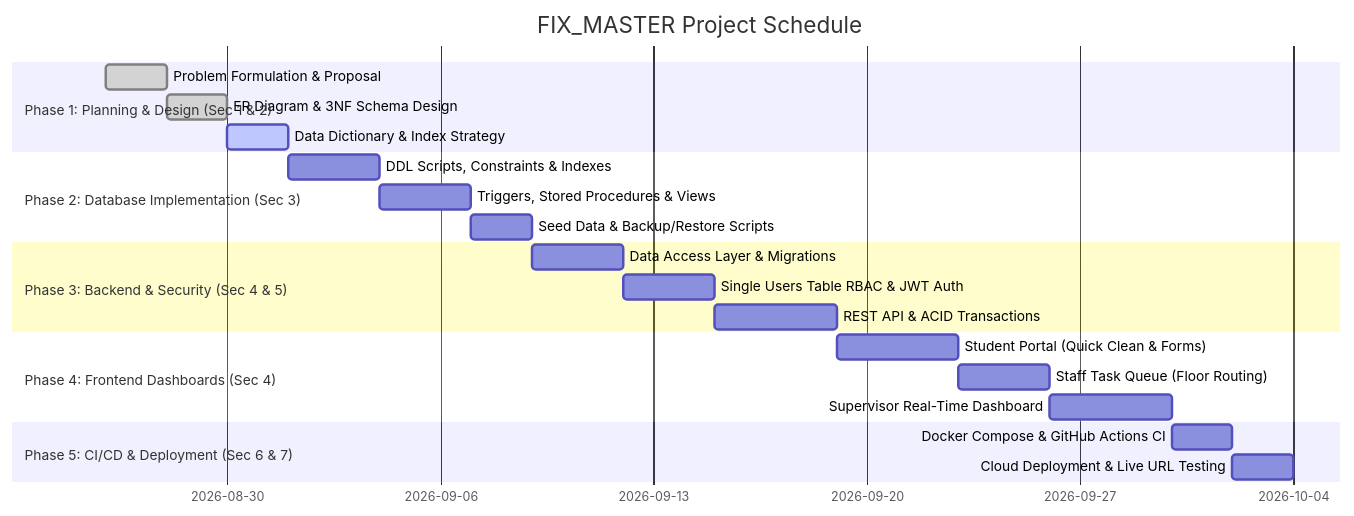
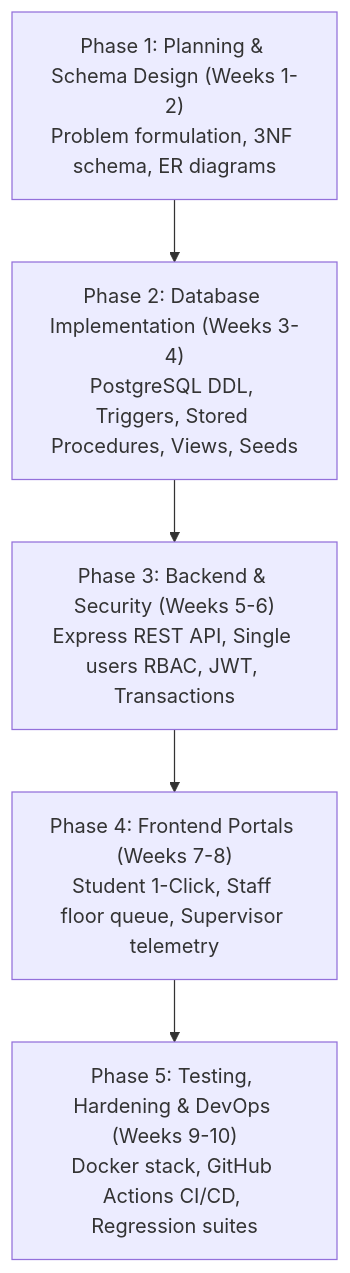
Before and after one commit to Divyakush2006/FixMaster: the first of 2 diagrams in docs/ACADEMIC_REPORT.md, drawn with Mermaid. The commit also changed other lines of this file and 17 other files, not shown here.

````diff
--- a/docs/ACADEMIC_REPORT.md
+++ b/docs/ACADEMIC_REPORT.md
@@ -107,24 +71,10 @@
 ```mermaid
-gantt
-    title FIX_MASTER Project Schedule
-    dateFormat  YYYY-MM-DD
-    section Phase 1: Planning & Design (Sec 1 & 2)
-    Problem Formulation & Proposal           :done,    des_1, 2026-08-26, 2d
-    ER Diagram & 3NF Schema Design           :done,    des_2, after des_1, 2d
-    Data Dictionary & Index Strategy         :active,  des_3, after des_2, 2d
-    section Phase 2: Database Implementation (Sec 3)
-    DDL Scripts, Constraints & Indexes       :         imp_1, after des_3, 3d
-    Triggers, Stored Procedures & Views      :         imp_2, after imp_1, 3d
-    Seed Data & Backup/Restore Scripts       :         imp_3, after imp_2, 2d
-    section Phase 3: Backend & Security (Sec 4 & 5)
-    Data Access Layer & Migrations           :         back_1, after imp_3, 3d
-    Single Users Table RBAC & JWT Auth       :         back_2, after back_1, 3d
-    REST API & ACID Transactions             :         back_3, after back_2, 4d
-    section Phase 4: Frontend Dashboards (Sec 4)
-    Student Portal (Quick Clean & Forms)     :         ui_1, after back_3, 4d
-    Staff Task Queue (Floor Routing)         :         ui_2, after ui_1, 3d
-    Supervisor Real-Time Dashboard           :         ui_3, after ui_2, 4d
-    section Phase 5: CI/CD & Deployment (Sec 6 & 7)
-    Docker Compose & GitHub Actions CI       :         ops_1, after ui_3, 2d
-    Cloud Deployment & Live URL Testing      :         ops_2, after ops_1, 2d
+flowchart TD
+    M1["Phase 1: Planning & Schema Design (Weeks 1-2)<br>Problem formulation, 3NF schema, ER diagrams"]
+    M2["Phase 2: Database Implementation (Weeks 3-4)<br>PostgreSQL DDL, Triggers, Stored Procedures, Views, Seeds"]
+    M3["Phase 3: Backend & Security (Weeks 5-6)<br>Express REST API, Single users RBAC, JWT, Transactions"]
+    M4["Phase 4: Frontend Portals (Weeks 7-8)<br>Student 1-Click, Staff floor queue, Supervisor telemetry"]
+    M5["Phase 5: Testing, Hardening & DevOps (Weeks 9-10)<br>Docker stack, GitHub Actions CI/CD, Regression suites"]
+
+    M1 --> M2 --> M3 --> M4 --> M5
 ```
````
